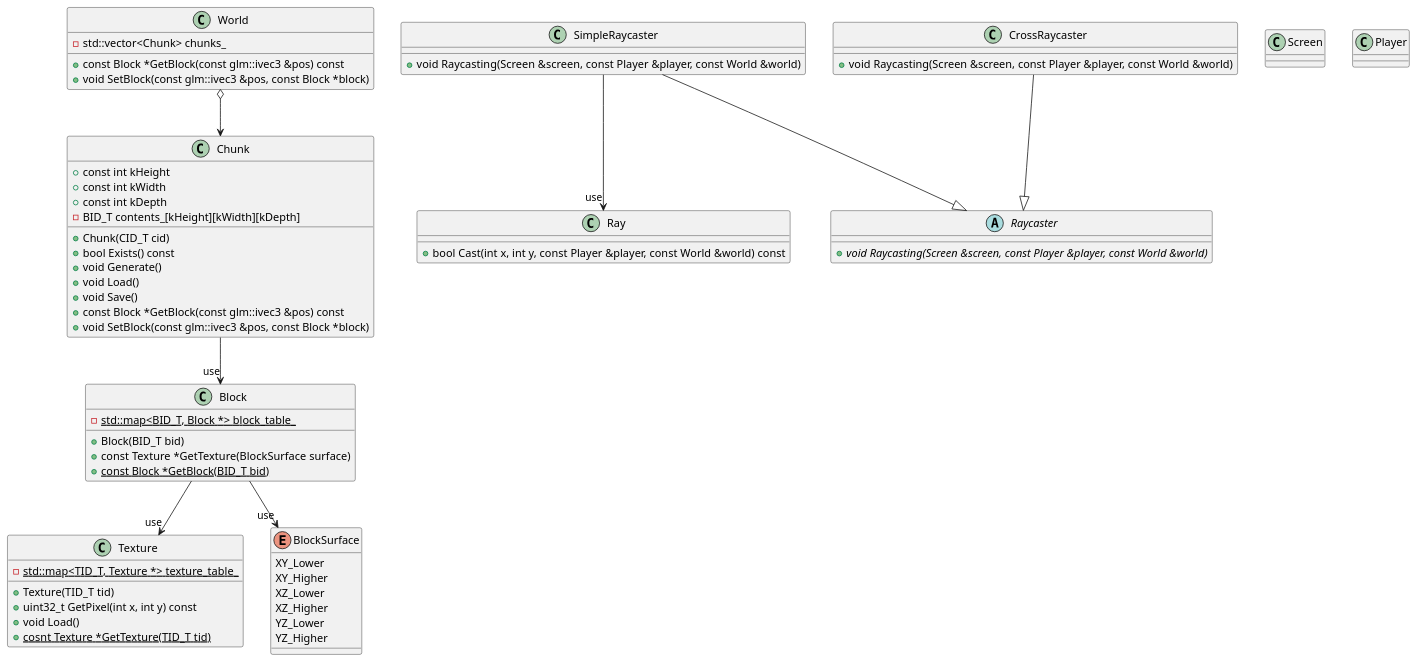
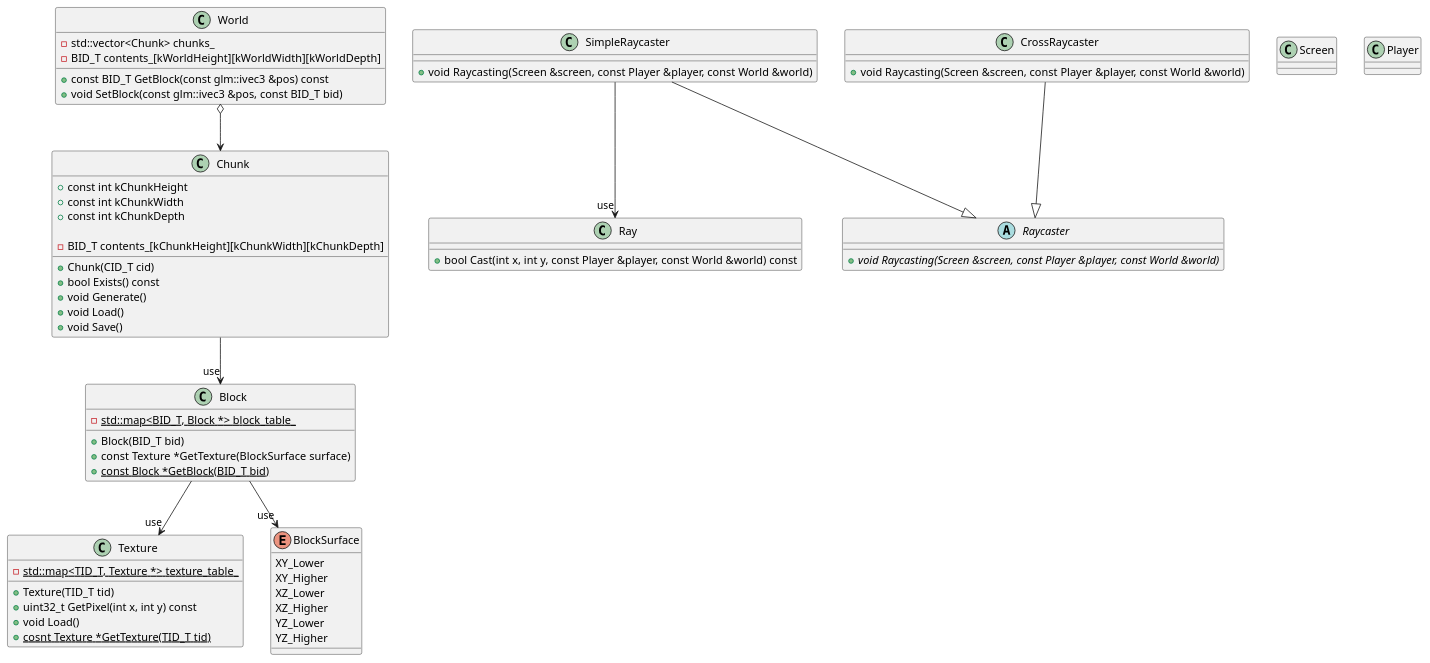
The diagram in ClassDiagram.puml (matajupi/Chibicraft), drawn with PlantUML before and after one commit. The commit also changed 1 other file, not shown here.

Commit message:
Change class diagram

```diff
--- a/ClassDiagram.puml
+++ b/ClassDiagram.puml
@@ -1,76 +1,76 @@
 @startuml
 
 class Texture {
     - {static} std::map<TID_T, Texture *> texture_table_
 
     + Texture(TID_T tid)
     + uint32_t GetPixel(int x, int y) const
     + void Load()
     + {static} cosnt Texture *GetTexture(TID_T tid)
 }
 
 enum BlockSurface {
     XY_Lower
     XY_Higher
     XZ_Lower
     XZ_Higher
     YZ_Lower
     YZ_Higher
 }
 
 class Block {
     - {static} std::map<BID_T, Block *> block_table_
 
     + Block(BID_T bid)
     + const Texture *GetTexture(BlockSurface surface)
     + {static} const Block *GetBlock(BID_T bid)
 }
 
 Block --> "use" Texture
 Block --> "use" BlockSurface
 
 class World {
     - std::vector<Chunk> chunks_
+    - BID_T contents_[kWorldHeight][kWorldWidth][kWorldDepth]
 
-    + const Block *GetBlock(const glm::ivec3 &pos) const
-    + void SetBlock(const glm::ivec3 &pos, const Block *block)
+    + const BID_T GetBlock(const glm::ivec3 &pos) const
+    + void SetBlock(const glm::ivec3 &pos, const BID_T bid)
 }
 class Chunk {
-    + const int kHeight
-    + const int kWidth
-    + const int kDepth
-    - BID_T contents_[kHeight][kWidth][kDepth]
+    + const int kChunkHeight
+    + const int kChunkWidth
+    + const int kChunkDepth
+
+    - BID_T contents_[kChunkHeight][kChunkWidth][kChunkDepth]
 
     + Chunk(CID_T cid)
     + bool Exists() const
     + void Generate()
     + void Load()
     + void Save()
-    + const Block *GetBlock(const glm::ivec3 &pos) const
-    + void SetBlock(const glm::ivec3 &pos, const Block *block)
 }
 
 World o--> Chunk
 Chunk --> "use" Block
 
 class Ray {
     + bool Cast(int x, int y, const Player &player, const World &world) const
 }
 abstract Raycaster {
     + {abstract} void Raycasting(Screen &screen, const Player &player, const World &world)
 }
 class SimpleRaycaster {
     + void Raycasting(Screen &screen, const Player &player, const World &world)
 }
 class CrossRaycaster {
     + void Raycasting(Screen &screen, const Player &player, const World &world)
 }
 
 SimpleRaycaster --|> Raycaster
 CrossRaycaster --|> Raycaster
 SimpleRaycaster --> "use" Ray
 
 class Screen { }
 class Player { }
 
 @enduml
```
